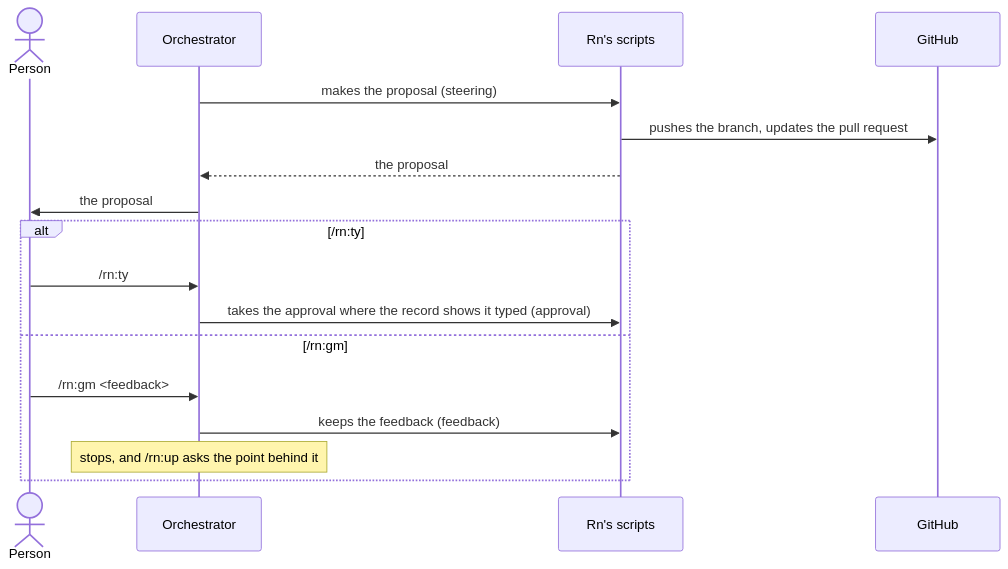
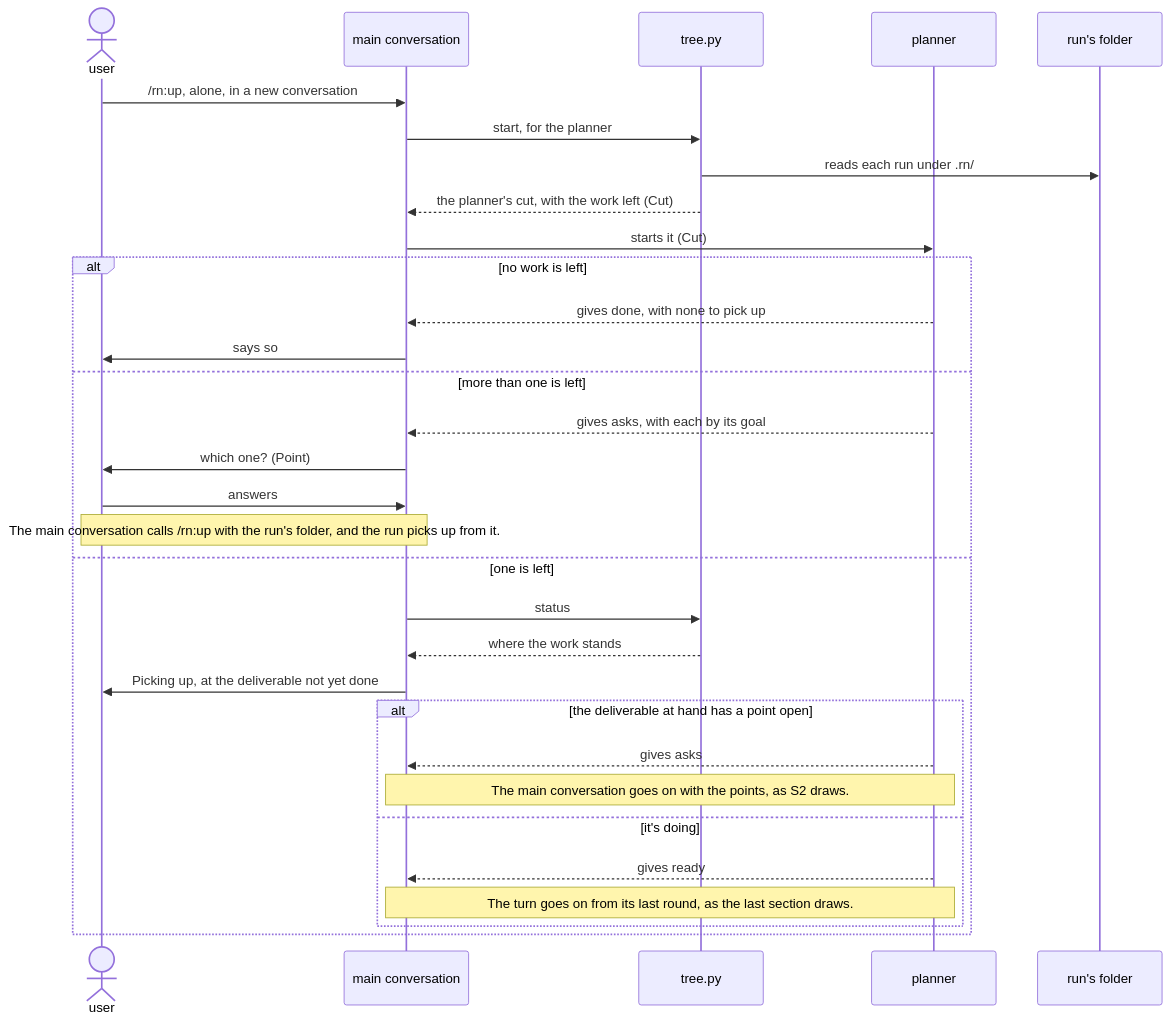
One commit to lovaizu/ccpm changed the fourth of 5 diagrams in dev/rn/architecture.md. Above: the diagram before and after it, drawn with Mermaid. The commit also changed other lines of this file and 5 other files, not shown here.

````diff
--- a/dev/rn/architecture.md
+++ b/dev/rn/architecture.md
@@ -133,19 +392,33 @@
 ```mermaid
 sequenceDiagram
-  actor U as Person
-  participant O as Orchestrator
-  participant S as Rn's scripts
-  participant G as GitHub
-  O->>S: makes the proposal (steering)
-  S->>G: pushes the branch, updates the pull request
-  S-->>O: the proposal
-  O->>U: the proposal
-  alt /rn:ty
-    U->>O: /rn:ty
-    O->>S: takes the approval where the record shows it typed (approval)
-  else /rn:gm
-    U->>O: /rn:gm <feedback>
-    O->>S: keeps the feedback (feedback)
-    Note over O: stops, and /rn:up asks the point behind it
+  actor U as user
+  participant M as main conversation
+  participant T as tree.py
+  participant P as planner
+  participant R as run's folder
+  U->>M: /rn:up, alone, in a new conversation
+  M->>T: start, for the planner
+  T->>R: reads each run under .rn/
+  T-->>M: the planner's cut, with the work left (Cut)
+  M->>P: starts it (Cut)
+  alt no work is left
+    P-->>M: gives done, with none to pick up
+    M->>U: says so
+  else more than one is left
+    P-->>M: gives asks, with each by its goal
+    M->>U: which one? (Point)
+    U->>M: answers
+    Note over U,M: The main conversation calls /rn:up with the run's folder, and the run picks up from it.
+  else one is left
+    M->>T: status
+    T-->>M: where the work stands
+    M->>U: Picking up, at the deliverable not yet done
+    alt the deliverable at hand has a point open
+      P-->>M: gives asks
+      Note over M,P: The main conversation goes on with the points, as S2 draws.
+    else it's doing
+      P-->>M: gives ready
+      Note over M,P: The turn goes on from its last round, as the last section draws.
+    end
   end
 ```
````
